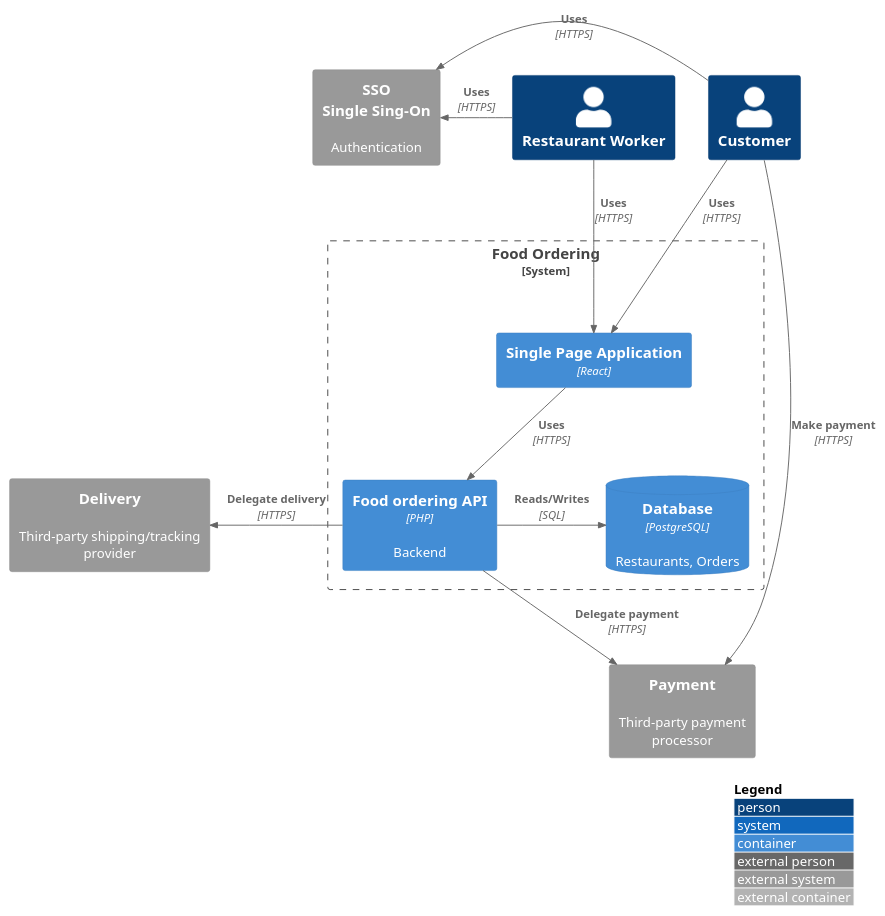
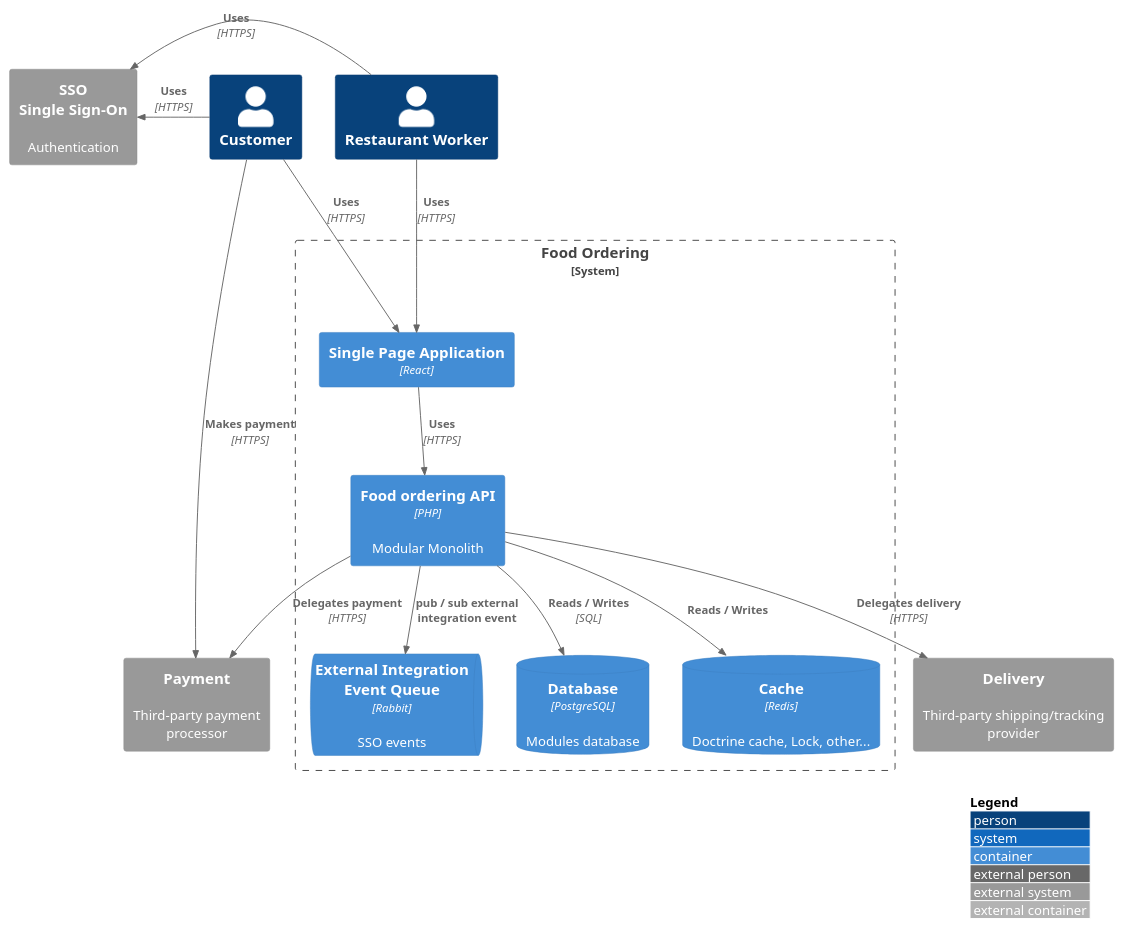
Before and after one commit to velorb/modular-monolith-php: the diagram in docs/C4/c2_container.puml, drawn with PlantUML. The commit also changed 4 other files, not shown here.

Commit message:
Update C2 diagram, add C3

```diff
--- a/docs/C4/c2_container.puml
+++ b/docs/C4/c2_container.puml
@@ -1,27 +1,31 @@
-@startuml C2 Containers
+@startuml
 !include https://raw.githubusercontent.com/plantuml-stdlib/C4-PlantUML/master/C4_Container.puml
 
 Person(customer, "Customer")
 Person(restaurantWorker, "Restaurant Worker")
 System_Ext(payment, "Payment", "Third‑party payment processor")
 System_Ext(delivery, "Delivery", "Third‑party shipping/tracking provider")
-System_Ext(sso, "SSO\nSingle Sing-On", "Authentication")
+System_Ext(sso, "SSO\nSingle Sign-On", "Authentication")
 
 System_Boundary(c1, "Food Ordering") {
     Container(spa, "Single Page Application", "React")
-    Container(api, "Food ordering API", "PHP", "Backend")
-    ContainerDb(database, "Database", "PostgreSQL", "Restaurants, Orders")
+    Container(api, "Food ordering API", "PHP", "Modular Monolith")
+    ContainerQueue("externalIntegrationEventQueue", "External Integration Event Queue", "Rabbit" ,"SSO events")
+    ContainerDb(database, "Database", "PostgreSQL", "Modules database")
+    ContainerDb(redis, "Cache", "Redis", "Doctrine cache, Lock, other...")
 }
 
 Rel_L(customer, sso, "Uses", "HTTPS")
 Rel_L(restaurantWorker, sso, "Uses", "HTTPS")
 Rel(customer, spa, "Uses", "HTTPS")
 Rel(restaurantWorker, spa, "Uses", "HTTPS")
 Rel(spa, api, "Uses", "HTTPS")
-Rel_R(api, database, "Reads/Writes", "SQL")
-Rel_L(api, delivery, "Delegate delivery", "HTTPS")
-Rel_D(api, payment, "Delegate payment", "HTTPS")
-Rel(customer, payment, "Make payment", "HTTPS")
+Rel(api, database, "Reads / Writes", "SQL")
+Rel(api, redis, "Reads / Writes")
+Rel(api, delivery, "Delegates delivery", "HTTPS")
+Rel(api, payment, "Delegates payment", "HTTPS")
+Rel(api, externalIntegrationEventQueue, "pub / sub external integration event")
+Rel(customer, payment, "Makes payment", "HTTPS")
 
 LAYOUT_WITH_LEGEND()
 @enduml
```
